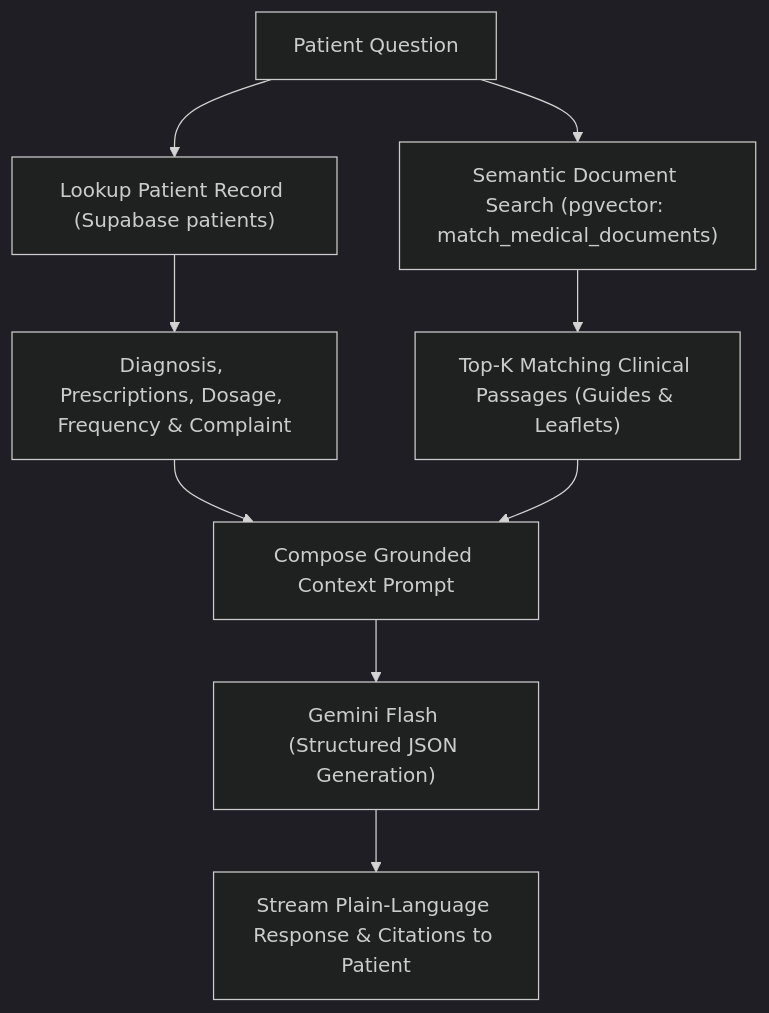
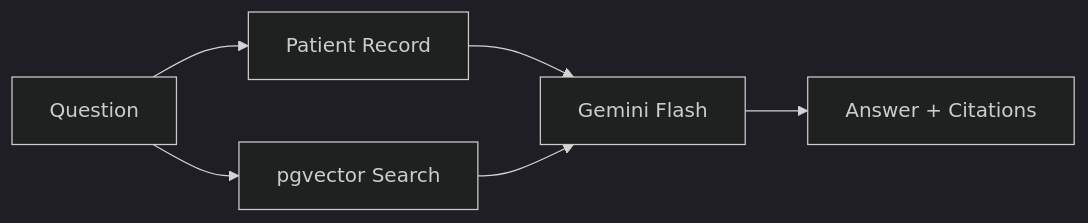
One commit to ginnnn-e/pulse-ai changed the second of 2 diagrams in README.md. Above: the diagram before and after it, drawn with Mermaid (dark theme). The commit also changed other lines of this file, not shown here.

Commit message:
docs: compact chatbot response flowchart to concise horizontal layout

````diff
--- a/README.md
+++ b/README.md
@@ -46,11 +46,7 @@
 ```mermaid
-flowchart TD
-    A["Patient Question"] --> B["Lookup Patient Record (Supabase patients)"]
-    B --> C["Diagnosis, Prescriptions, Dosage, Frequency & Complaint"]
-    A --> D["Semantic Document Search (pgvector: match_medical_documents)"]
-    D --> E["Top-K Matching Clinical Passages (Guides & Leaflets)"]
-    C --> F["Compose Grounded Context Prompt"]
-    E --> F
-    F --> G["Gemini Flash (Structured JSON Generation)"]
-    G --> I["Stream Plain-Language Response & Citations to Patient"]
+flowchart LR
+    Q["Question"] --> P["Patient Record"]
+    Q --> D["pgvector Search"]
+    P & D --> LLM["Gemini Flash"]
+    LLM --> A["Answer + Citations"]
 ```
````
